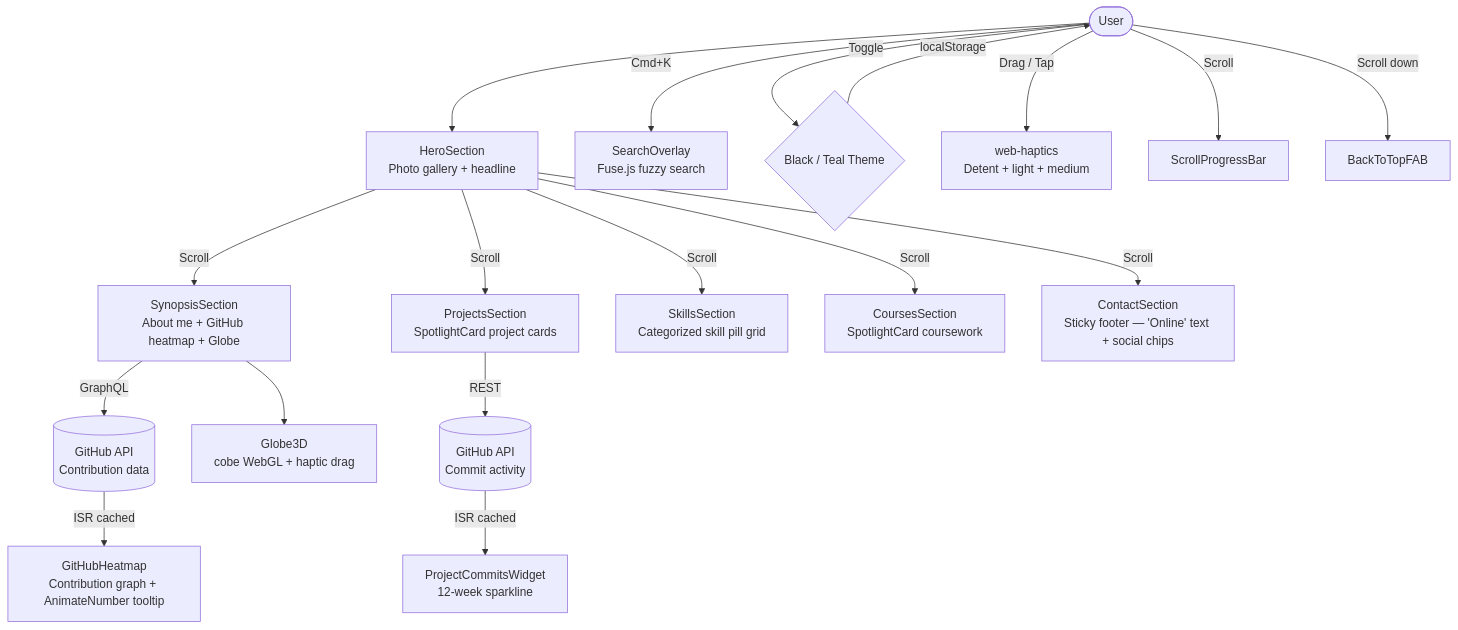
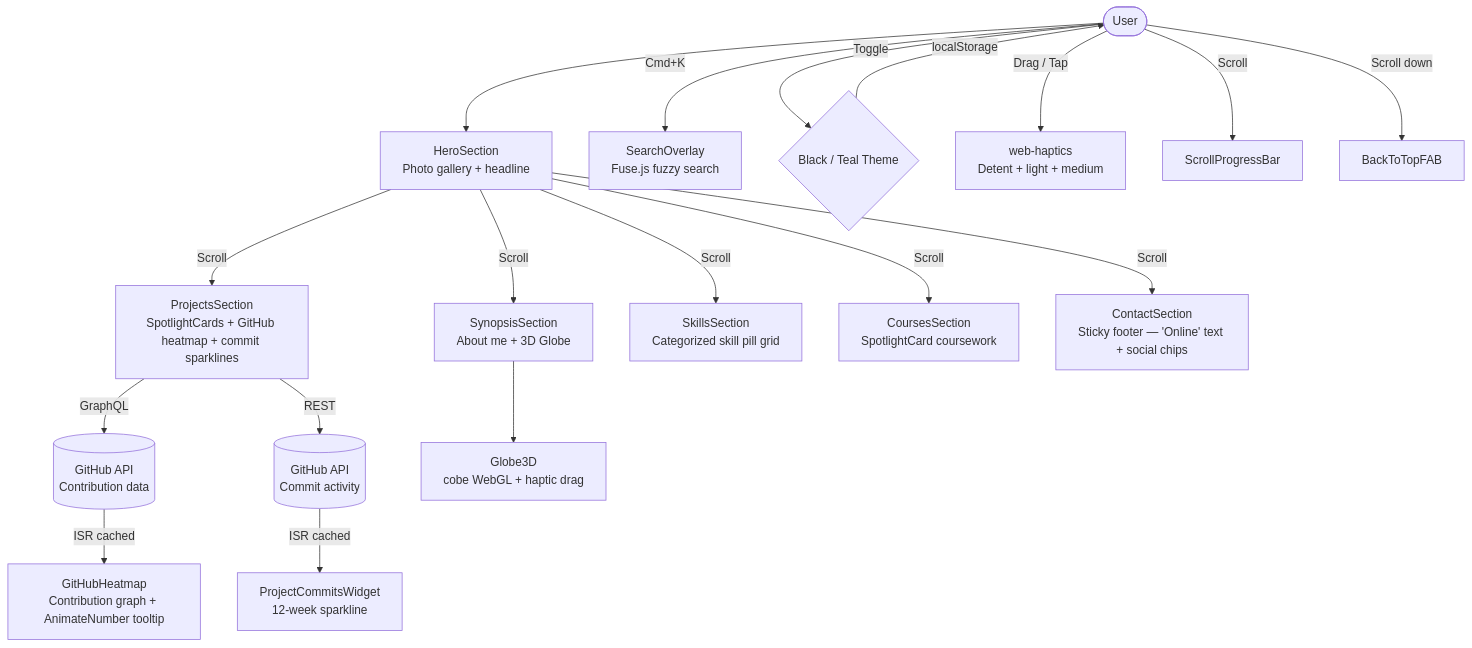
Before and after one commit to hoangngo-sudo/portfolio: the first of 2 diagrams in README.md, drawn with Mermaid. The commit also changed other lines of this file, not shown here.

````diff
--- a/README.md
+++ b/README.md
@@ -7,26 +7,26 @@
 ```mermaid
 flowchart TB
     USER([User]) --> HERO["HeroSection<br/>Photo gallery + headline"]
-    HERO --> |Scroll| SYNOPSIS["SynopsisSection<br/>About me + GitHub heatmap + Globe"]
-    HERO --> |Scroll| PROJECTS["ProjectsSection<br/>SpotlightCard project cards"]
+    HERO --> |Scroll| SYNOPSIS["SynopsisSection<br/>About me + 3D Globe"]
+    HERO --> |Scroll| PROJECTS["ProjectsSection<br/>SpotlightCards + GitHub heatmap + commit sparklines"]
     HERO --> |Scroll| SKILLS["SkillsSection<br/>Categorized skill pill grid"]
     HERO --> |Scroll| COURSES["CoursesSection<br/>SpotlightCard coursework"]
     HERO --> |Scroll| CONTACT["ContactSection<br/>Sticky footer — 'Online' text + social chips"]
 
     USER --> |Cmd+K| SEARCH["SearchOverlay<br/>Fuse.js fuzzy search"]
 
-    SYNOPSIS --> |GraphQL| GITHUB[("GitHub API<br/>Contribution data")]
+    PROJECTS --> |GraphQL| GITHUB[("GitHub API<br/>Contribution data")]
     GITHUB --> |ISR cached| HEATMAP["GitHubHeatmap<br/>Contribution graph + AnimateNumber tooltip"]
-    SYNOPSIS --> GLOBE["Globe3D<br/>cobe WebGL + haptic drag"]
-
     PROJECTS --> |REST| GHREST[("GitHub API<br/>Commit activity")]
     GHREST --> |ISR cached| COMMITS["ProjectCommitsWidget<br/>12-week sparkline"]
+
+    SYNOPSIS --> GLOBE["Globe3D<br/>cobe WebGL + haptic drag"]
 
     USER --> |Toggle| THEME{"Black / Teal Theme"}
     THEME --> |localStorage| USER
 
-    USER --> |Drag / Tap | HAPTICS["web-haptics<br/>Detent + light + medium"]
+    USER --> |Drag / Tap| HAPTICS["web-haptics<br/>Detent + light + medium"]
 
     USER --> |Scroll| PROGRESS["ScrollProgressBar"]
     USER --> |Scroll down| FAB["BackToTopFAB"]
 ```
````
